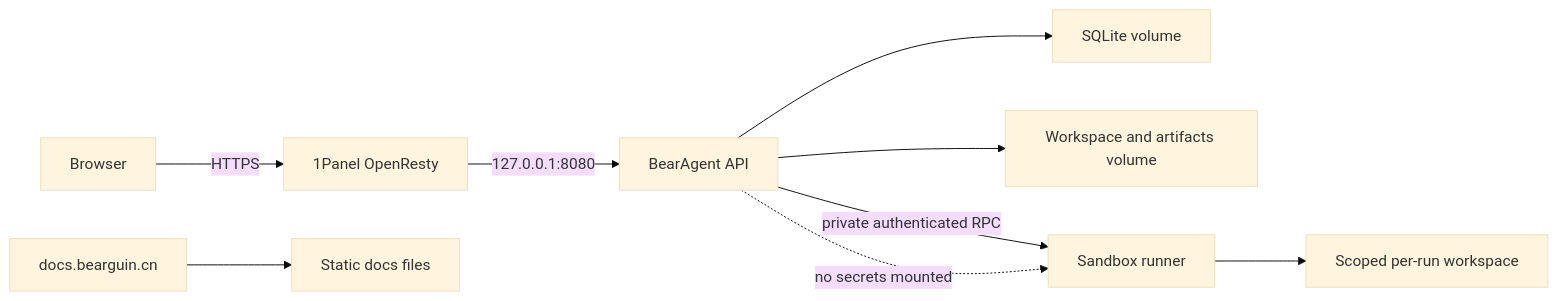
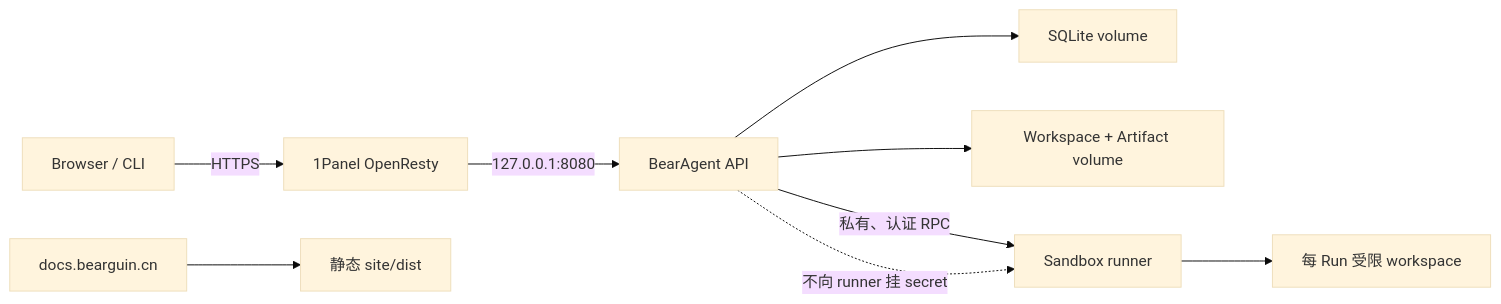
One commit to CherryYang05/BearAgent changed the diagram in docs/deployment/self-hosting.md. Above: the diagram before and after it, drawn with Mermaid (base theme). The commit also changed other lines of this file and 51 other files, not shown here.

Commit message:
Rewrite BearAgent documentation for clarity

````diff
--- a/docs/deployment/self-hosting.md
+++ b/docs/deployment/self-hosting.md
@@ -74,11 +70,11 @@
 ```mermaid
 flowchart LR
-    B["Browser"] -->|HTTPS| O["1Panel OpenResty"]
-    O -->|127.0.0.1:8080| W["BearAgent API"]
-    W --> DB["SQLite volume"]
-    W --> DATA["Workspace and artifacts volume"]
-    W -->|private authenticated RPC| R["Sandbox runner"]
-    R --> RW["Scoped per-run workspace"]
-    W -. no secrets mounted .-> R
-    D["docs.bearguin.cn"] --> S["Static docs files"]
+    B["Browser / CLI"] -->|"HTTPS"| O["1Panel OpenResty"]
+    O -->|"127.0.0.1:8080"| A["BearAgent API"]
+    A --> DB["SQLite volume"]
+    A --> W["Workspace + Artifact volume"]
+    A -->|"私有、认证 RPC"| R["Sandbox runner"]
+    R --> RW["每 Run 受限 workspace"]
+    A -. "不向 runner 挂 secret" .-> R
+    D["docs.bearguin.cn"] --> S["静态 site/dist"]
 ```
````
